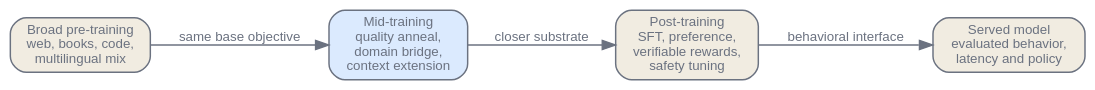
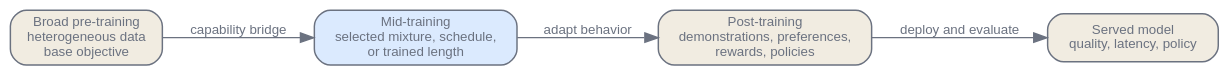
Before and after one commit to latere-ai/ai-as-an-infrastructure: the diagram in en/foundations/07-mid-training.qmd, drawn with Graphviz. The commit also changed other lines of this file and 6 other files, not shown here.

Commit message:
Rewrite mid-training chapter

````diff
--- a/en/foundations/07-mid-training.qmd
+++ b/en/foundations/07-mid-training.qmd
@@ -55,18 +66,18 @@
 ```{dot}
 //| label: fig-mid-training-boundary
-//| fig-cap: "Mid-training sits between broad pre-training and post-training. It still uses pretraining-like updates, but changes the data mixture, schedule, or context window so post-training starts from a closer distribution."
+//| fig-cap: "A phase is identified by what changes and why. Mid-training usually retains self-supervised token prediction while changing data, schedule, or trained length; post-training changes the supervision used to shape behavior."
 digraph midtraining {
   bgcolor="transparent";
   rankdir=LR;
   nodesep=0.45; ranksep=0.45;
   node [shape=box, style="rounded,filled", fontname="Helvetica", fontsize=10, color="#6b7280", fontcolor="#6b7280", fillcolor="#f1ece1", penwidth=1.1];
   edge [fontsize=10, fontname="Helvetica", color="#6b7280", fontcolor="#6b7280"];
-  A [label="Broad pre-training\nweb, books, code,\nmultilingual mix"];
-  B [label="Mid-training\nquality anneal,\ndomain bridge,\ncontext extension", fillcolor="#dbeafe"];
-  C [label="Post-training\nSFT, preference,\nverifiable rewards,\nsafety tuning"];
-  D [label="Served model\nevaluated behavior,\nlatency and policy"];
-  A -> B [label="same base objective"];
-  B -> C [label="closer substrate"];
-  C -> D [label="behavioral interface"];
+  A [label="Broad pre-training\nheterogeneous data\nbase objective"];
+  B [label="Mid-training\nselected mixture, schedule,\nor trained length", fillcolor="#dbeafe"];
+  C [label="Post-training\ndemonstrations, preferences,\nrewards, policies"];
+  D [label="Served model\nquality, latency, policy"];
+  A -> B [label="capability bridge"];
+  B -> C [label="adapt behavior"];
+  C -> D [label="deploy and evaluate"];
 }
 ```
````
